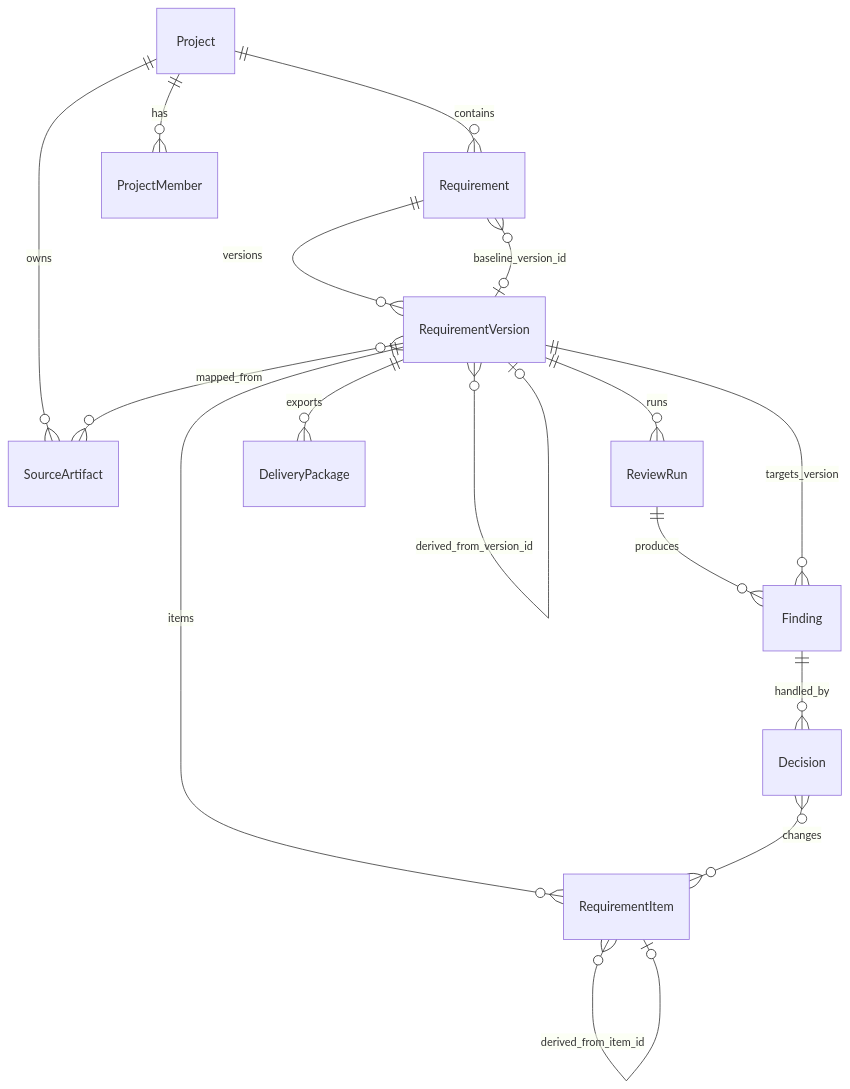
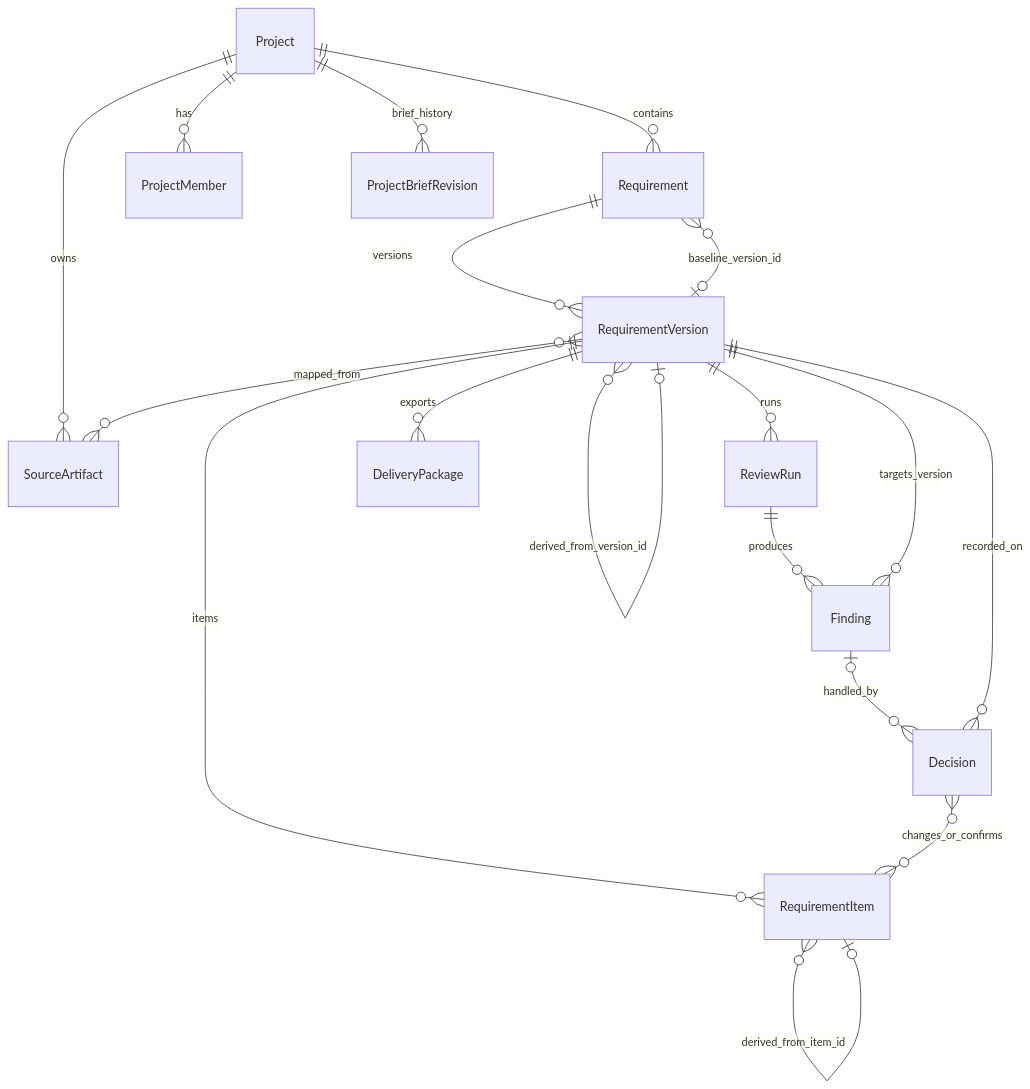
One commit to xinqingaa/ai_application changed the first of 2 diagrams in project_scheme.md. Above: the diagram before and after it, drawn with Mermaid. The commit also changed other lines of this file, not shown here.

````diff
--- a/project_scheme.md
+++ b/project_scheme.md
@@ -89,18 +99,20 @@
 ```mermaid
 erDiagram
     Project ||--o{ Requirement : contains
     Project ||--o{ ProjectMember : has
     Project ||--o{ SourceArtifact : owns
+    Project ||--o{ ProjectBriefRevision : brief_history
     Requirement ||--o{ RequirementVersion : versions
     Requirement }o--o| RequirementVersion : baseline_version_id
     RequirementVersion }o--o| RequirementVersion : derived_from_version_id
     RequirementVersion }o--o{ SourceArtifact : mapped_from
     RequirementVersion ||--o{ RequirementItem : items
     RequirementItem }o--o| RequirementItem : derived_from_item_id
     RequirementVersion ||--o{ ReviewRun : runs
     ReviewRun ||--o{ Finding : produces
     Finding }o--|| RequirementVersion : targets_version
-    Finding ||--o{ Decision : handled_by
-    Decision }o--o{ RequirementItem : changes
+    Finding |o--o{ Decision : handled_by
+    RequirementVersion ||--o{ Decision : recorded_on
+    Decision }o--o{ RequirementItem : changes_or_confirms
     RequirementVersion ||--o{ DeliveryPackage : exports
 ```
````
